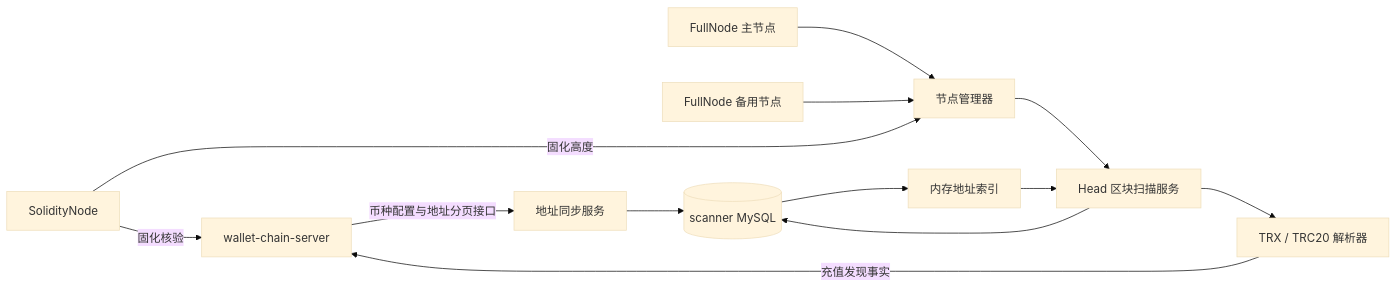
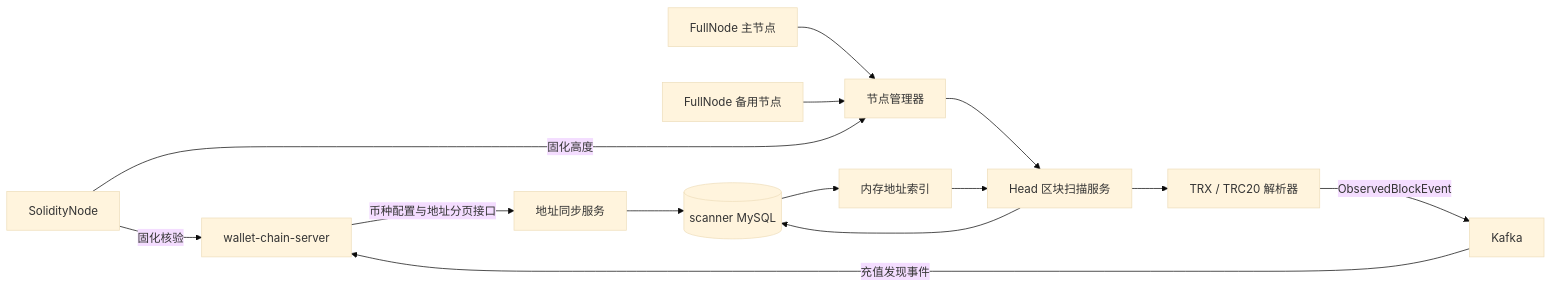
Before and after one commit to Jerry-bot2/wallet-tron-scanner: the diagram in docs/TRON扫描器详细设计.md, drawn with Mermaid (base theme). The commit also changed other lines of this file and 2 other files, not shown here.

````diff
--- a/docs/TRON扫描器详细设计.md
+++ b/docs/TRON扫描器详细设计.md
@@ -54,16 +54,17 @@
 ```mermaid
 flowchart LR
     CS[wallet-chain-server] -->|币种配置与地址分页接口| SYNC[地址同步服务]
     SYNC --> SDB[(scanner MySQL)]
     SDB --> SNAPSHOT[内存地址索引]
 
     NODE1[FullNode 主节点] --> NP[节点管理器]
     NODE2[FullNode 备用节点] --> NP
     SOLID[SolidityNode] -->|固化高度| NP
     SOLID -->|固化核验| CS
     NP --> SCAN[Head 区块扫描服务]
     SNAPSHOT --> SCAN
     SCAN --> PARSER[TRX / TRC20 解析器]
-    PARSER -->|充值发现事实| CS
+    PARSER -->|ObservedBlockEvent| KAFKA[Kafka]
+    KAFKA -->|充值发现事件| CS
     SCAN --> SDB
 ```
````
